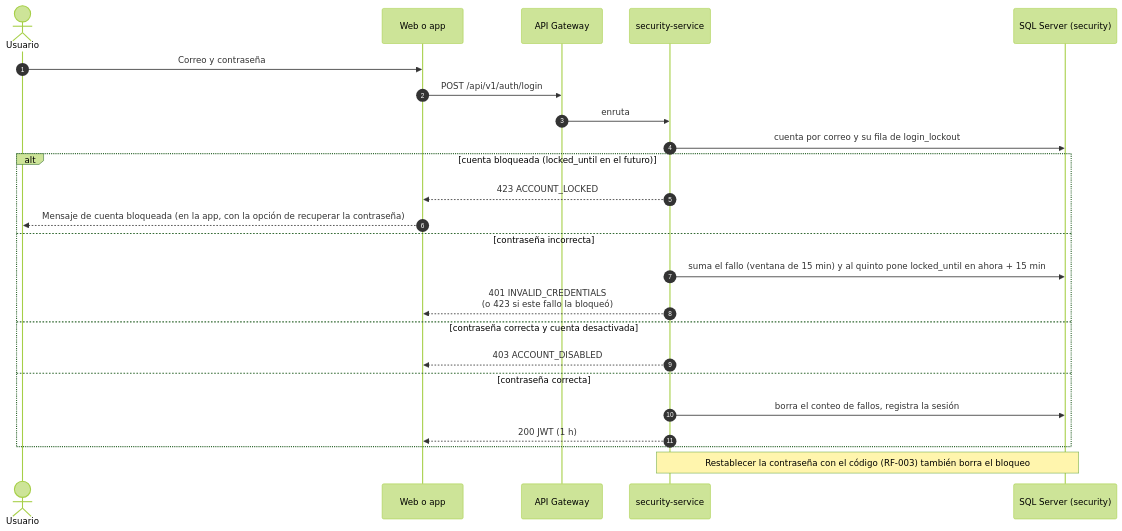
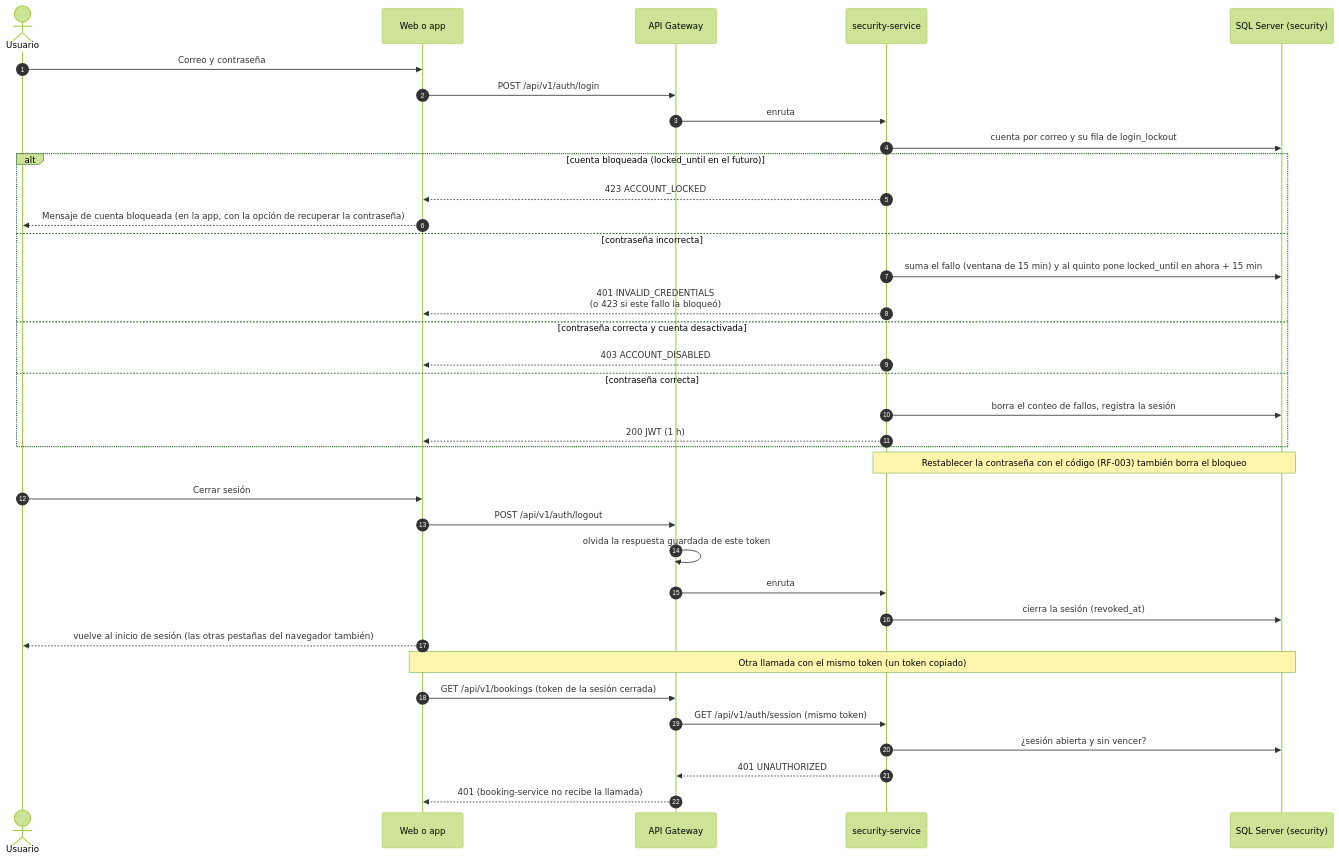
Diagram 12 of 26 in 02_DOCUMENTACION_DE_ANALISIS_DEL_SOFTWARE/ES/MD/documentacion-de-analisis-del-software.md (BrayanCABRERA123/lavarapido-docs), drawn with Mermaid (forest theme) before and after one commit. The commit also changed other lines of this file, not shown here.

Commit message:
docs(analysis): add sign-out, the assignment lock, the 2 MB receipt and expired bookings in Spanish (2.4)

````diff
--- a/02_DOCUMENTACION_DE_ANALISIS_DEL_SOFTWARE/ES/MD/documentacion-de-analisis-del-software.md
+++ b/02_DOCUMENTACION_DE_ANALISIS_DEL_SOFTWARE/ES/MD/documentacion-de-analisis-del-software.md
@@ -512,27 +517,40 @@
 ```mermaid
 sequenceDiagram
     autonumber
     actor U as Usuario
     participant W as Web o app
     participant GW as API Gateway
     participant S as security-service
     participant DB as SQL Server (security)
 
     U->>W: Correo y contraseña
     W->>GW: POST /api/v1/auth/login
     GW->>S: enruta
     S->>DB: cuenta por correo y su fila de login_lockout
     alt cuenta bloqueada (locked_until en el futuro)
         S-->>W: 423 ACCOUNT_LOCKED
         W-->>U: Mensaje de cuenta bloqueada (en la app, con la opción de recuperar la contraseña)
     else contraseña incorrecta
         S->>DB: suma el fallo (ventana de 15 min) y al quinto pone locked_until en ahora + 15 min
         S-->>W: 401 INVALID_CREDENTIALS<br/>(o 423 si este fallo la bloqueó)
     else contraseña correcta y cuenta desactivada
         S-->>W: 403 ACCOUNT_DISABLED
     else contraseña correcta
         S->>DB: borra el conteo de fallos, registra la sesión
         S-->>W: 200 JWT (1 h)
     end
     Note over S,DB: Restablecer la contraseña con el código (RF-003) también borra el bloqueo
+
+    U->>W: Cerrar sesión
+    W->>GW: POST /api/v1/auth/logout
+    GW->>GW: olvida la respuesta guardada de este token
+    GW->>S: enruta
+    S->>DB: cierra la sesión (revoked_at)
+    W-->>U: vuelve al inicio de sesión (las otras pestañas del navegador también)
+    Note over W,DB: Otra llamada con el mismo token (un token copiado)
+    W->>GW: GET /api/v1/bookings (token de la sesión cerrada)
+    GW->>S: GET /api/v1/auth/session (mismo token)
+    S->>DB: ¿sesión abierta y sin vencer?
+    S-->>GW: 401 UNAUTHORIZED
+    GW-->>W: 401 (booking-service no recibe la llamada)
 ```
````
